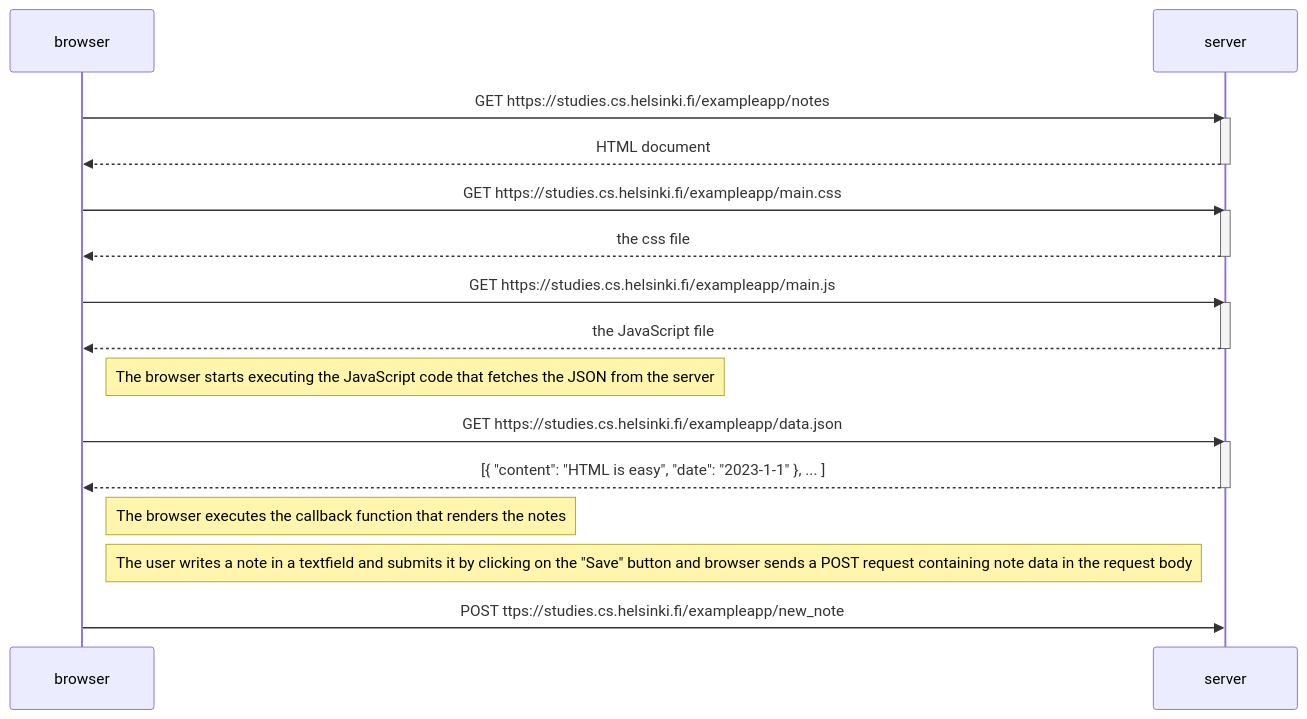
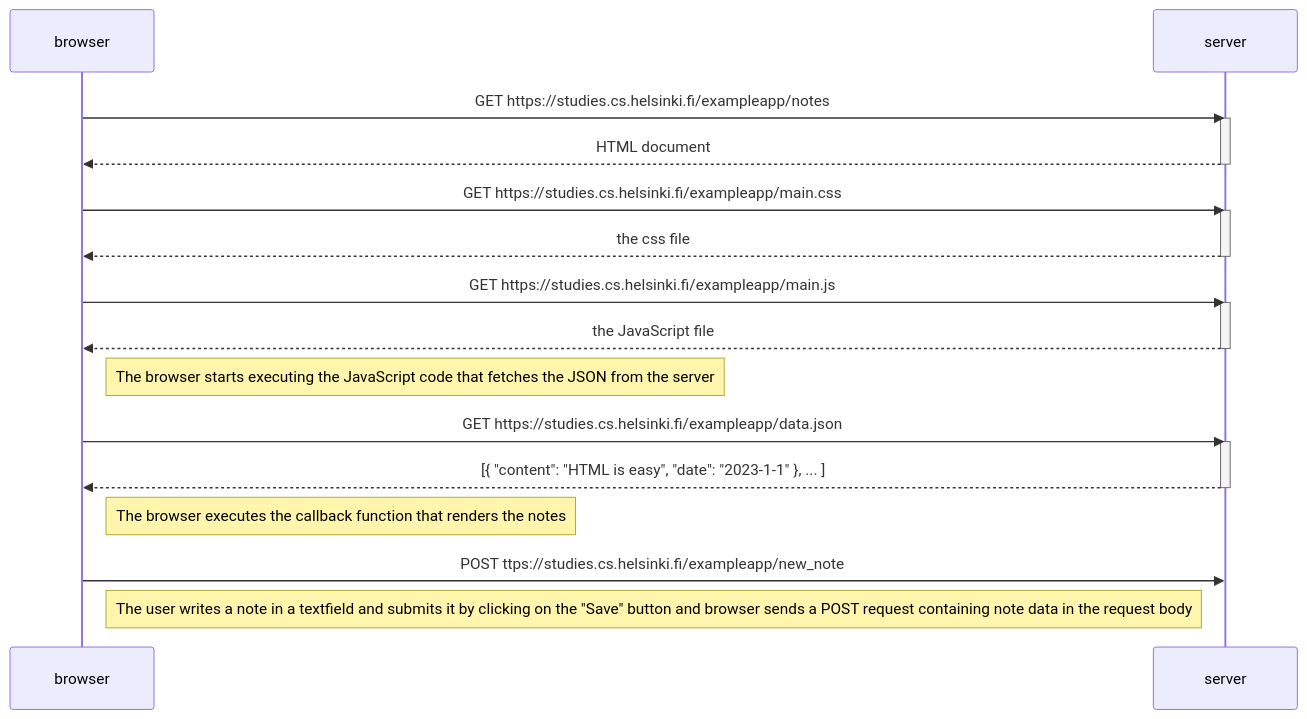
The diagram in part0/sequenceDiagram.md (anasommer/fullstackopen), drawn with Mermaid before and after one commit.

````diff
--- a/part0/sequenceDiagram.md
+++ b/part0/sequenceDiagram.md
@@ -1,34 +1,36 @@
 ```mermaid
 sequenceDiagram
     participant browser
     participant server
 
     browser->>server: GET https://studies.cs.helsinki.fi/exampleapp/notes
     activate server
     server-->>browser: HTML document
     deactivate server
 
     browser->>server: GET https://studies.cs.helsinki.fi/exampleapp/main.css
     activate server
     server-->>browser: the css file
     deactivate server
 
     browser->>server: GET https://studies.cs.helsinki.fi/exampleapp/main.js
     activate server
     server-->>browser: the JavaScript file
     deactivate server
 
     Note right of browser: The browser starts executing the JavaScript code that fetches the JSON from the server
 
     browser->>server: GET https://studies.cs.helsinki.fi/exampleapp/data.json
     activate server
     server-->>browser: [{ "content": "HTML is easy", "date": "2023-1-1" }, ... ]
     deactivate server
 
     Note right of browser: The browser executes the callback function that renders the notes
 
-    Note right of browser: The user writes a note in a textfield and submits it by clicking on the "Save" button and browser sends a POST request containing note data in the request body
 
     browser->>server: POST ttps://studies.cs.helsinki.fi/exampleapp/new_note
     activate server
+
+        Note right of browser: The user writes a note in a textfield and submits it by clicking on the "Save" button and browser sends a POST request containing note data in the request body
+
 ```
````
